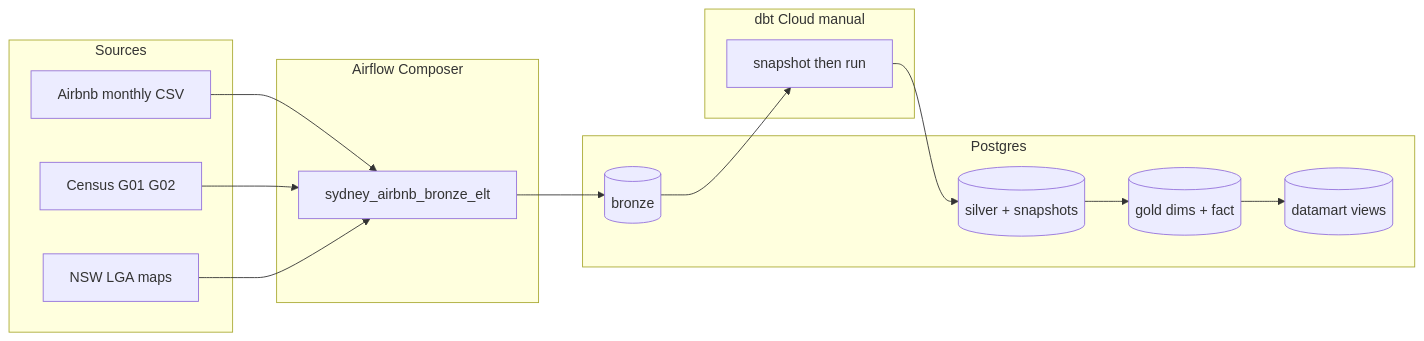
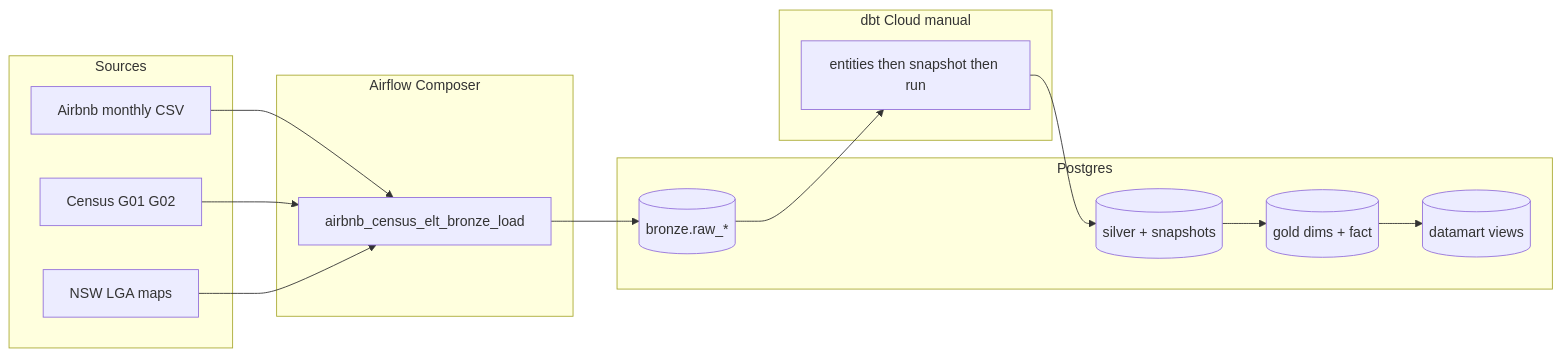
Before and after one commit to rohanchaudharyy/admla_a3_25731542api: the diagram in docs/Assignment_3_Handover_Report.md, drawn with Mermaid. The commit also changed other lines of this file and 16 other files, not shown here.

First line of the commit message:
Align Assignment 3 pack to working airbnb_census_elt DAG

````diff
--- a/docs/Assignment_3_Handover_Report.md
+++ b/docs/Assignment_3_Handover_Report.md
@@ -151,26 +152,26 @@
 ```mermaid
 flowchart LR
   subgraph sources [Sources]
     A[Airbnb monthly CSV]
     C[Census G01 G02]
     L[NSW LGA maps]
   end
   subgraph airflow [Airflow Composer]
-    D[sydney_airbnb_bronze_elt]
+    D[airbnb_census_elt_bronze_load]
   end
   subgraph pg [Postgres]
-    B[(bronze)]
+    B[(bronze.raw_*)]
     S[(silver + snapshots)]
     G[(gold dims + fact)]
     M[(datamart views)]
   end
   subgraph dbt [dbt Cloud manual]
-    R[snapshot then run]
+    R[entities then snapshot then run]
   end
   A --> D
   C --> D
   L --> D
   D --> B
   B --> R
   R --> S --> G --> M
 ```
````
